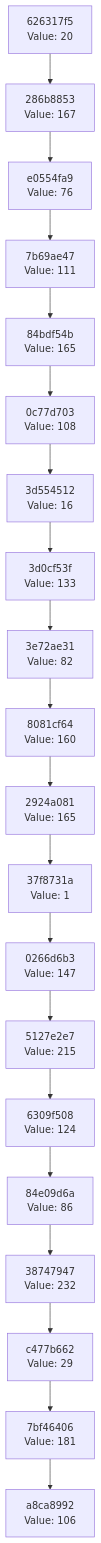
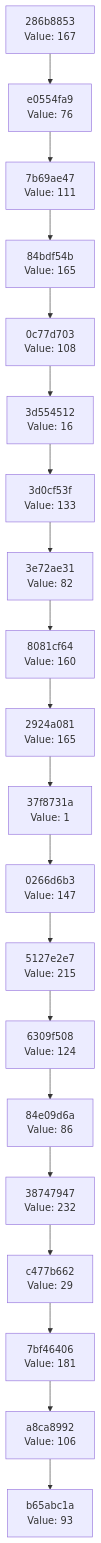
Before and after one commit to Abhisheksinha1506/hash-chain-evolver: the diagram in docs/CHAIN_VISUALIZATION.md, drawn with Mermaid. The commit also changed 2 other files, not shown here.

Commit message:
Evolution step: hash 0x5D → action executed

````diff
--- a/docs/CHAIN_VISUALIZATION.md
+++ b/docs/CHAIN_VISUALIZATION.md
@@ -3,42 +3,42 @@
 ```mermaid
 graph TD
-    C0["a8ca8992<br/>Value: 106"]
-    C1["7bf46406<br/>Value: 181"]
+    C0["b65abc1a<br/>Value: 93"]
+    C1["a8ca8992<br/>Value: 106"]
     C1 --> C0
-    C2["c477b662<br/>Value: 29"]
+    C2["7bf46406<br/>Value: 181"]
     C2 --> C1
-    C3["38747947<br/>Value: 232"]
+    C3["c477b662<br/>Value: 29"]
     C3 --> C2
-    C4["84e09d6a<br/>Value: 86"]
+    C4["38747947<br/>Value: 232"]
     C4 --> C3
-    C5["6309f508<br/>Value: 124"]
+    C5["84e09d6a<br/>Value: 86"]
     C5 --> C4
-    C6["5127e2e7<br/>Value: 215"]
+    C6["6309f508<br/>Value: 124"]
     C6 --> C5
-    C7["0266d6b3<br/>Value: 147"]
+    C7["5127e2e7<br/>Value: 215"]
     C7 --> C6
-    C8["37f8731a<br/>Value: 1"]
+    C8["0266d6b3<br/>Value: 147"]
     C8 --> C7
-    C9["2924a081<br/>Value: 165"]
+    C9["37f8731a<br/>Value: 1"]
     C9 --> C8
-    C10["8081cf64<br/>Value: 160"]
+    C10["2924a081<br/>Value: 165"]
     C10 --> C9
-    C11["3e72ae31<br/>Value: 82"]
+    C11["8081cf64<br/>Value: 160"]
     C11 --> C10
-    C12["3d0cf53f<br/>Value: 133"]
+    C12["3e72ae31<br/>Value: 82"]
     C12 --> C11
-    C13["3d554512<br/>Value: 16"]
+    C13["3d0cf53f<br/>Value: 133"]
     C13 --> C12
-    C14["0c77d703<br/>Value: 108"]
+    C14["3d554512<br/>Value: 16"]
     C14 --> C13
-    C15["84bdf54b<br/>Value: 165"]
+    C15["0c77d703<br/>Value: 108"]
     C15 --> C14
-    C16["7b69ae47<br/>Value: 111"]
+    C16["84bdf54b<br/>Value: 165"]
     C16 --> C15
-    C17["e0554fa9<br/>Value: 76"]
+    C17["7b69ae47<br/>Value: 111"]
     C17 --> C16
-    C18["286b8853<br/>Value: 167"]
+    C18["e0554fa9<br/>Value: 76"]
     C18 --> C17
-    C19["626317f5<br/>Value: 20"]
+    C19["286b8853<br/>Value: 167"]
     C19 --> C18
 ```
````
